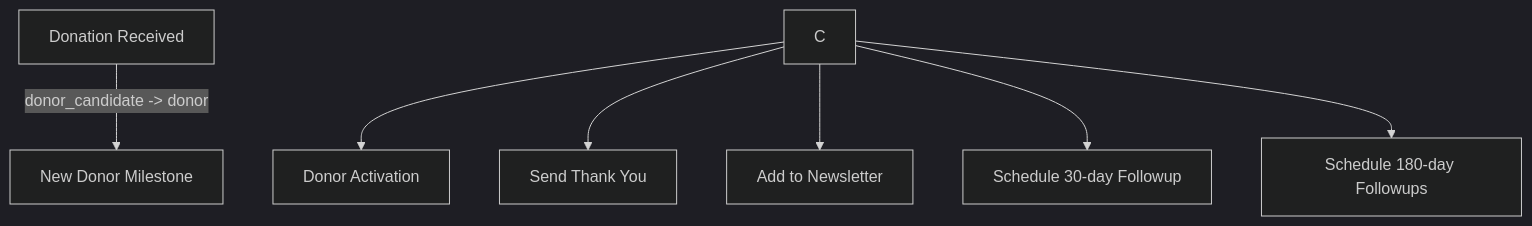
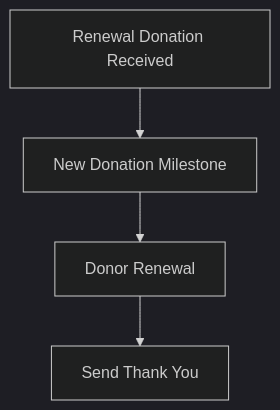
One commit to Apistolic/boh-larament changed the third of 12 diagrams in app/Docs/Workflows.md. Above: the diagram before and after it, drawn with Mermaid (dark theme). The commit also changed other lines of this file, not shown here.

````diff
--- a/app/Docs/Workflows.md
+++ b/app/Docs/Workflows.md
@@ -43,10 +43,7 @@
 ```mermaid
 flowchart TD
-    %% Donor Activation/Renewal
-    A[Donation Received] -->|donor_candidate -> donor| B[New Donor Milestone]
-    C --> D[Donor Activation]
-    C --> E[Send Thank You]
-    C --> F[Add to Newsletter]
-    C --> G[Schedule 30-day Followup]
-    C --> H[Schedule 180-day Followups]
+    %% Donor Renewal
+    A[Renewal Donation Received] --> B[New Donation Milestone]
+    B --> C[Donor Renewal]
+    C --> D[Send Thank You]
 ```
````
